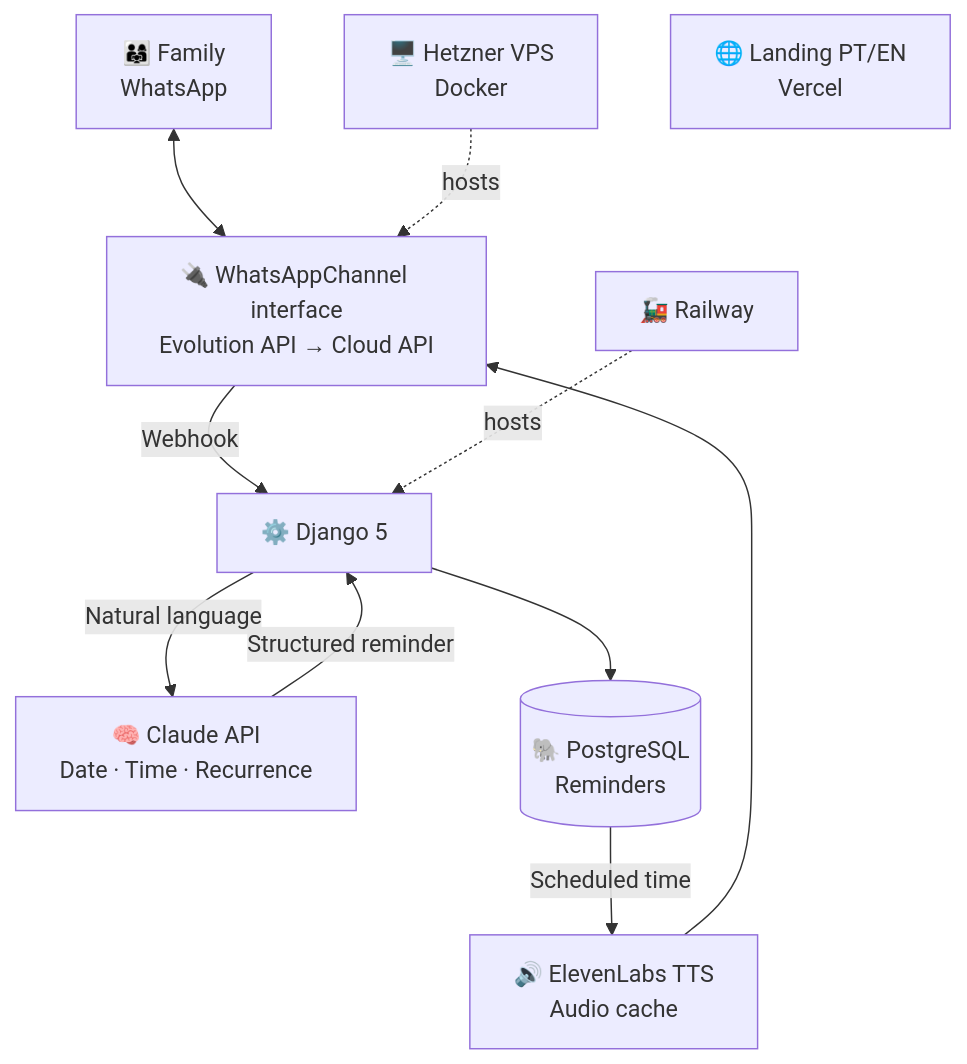
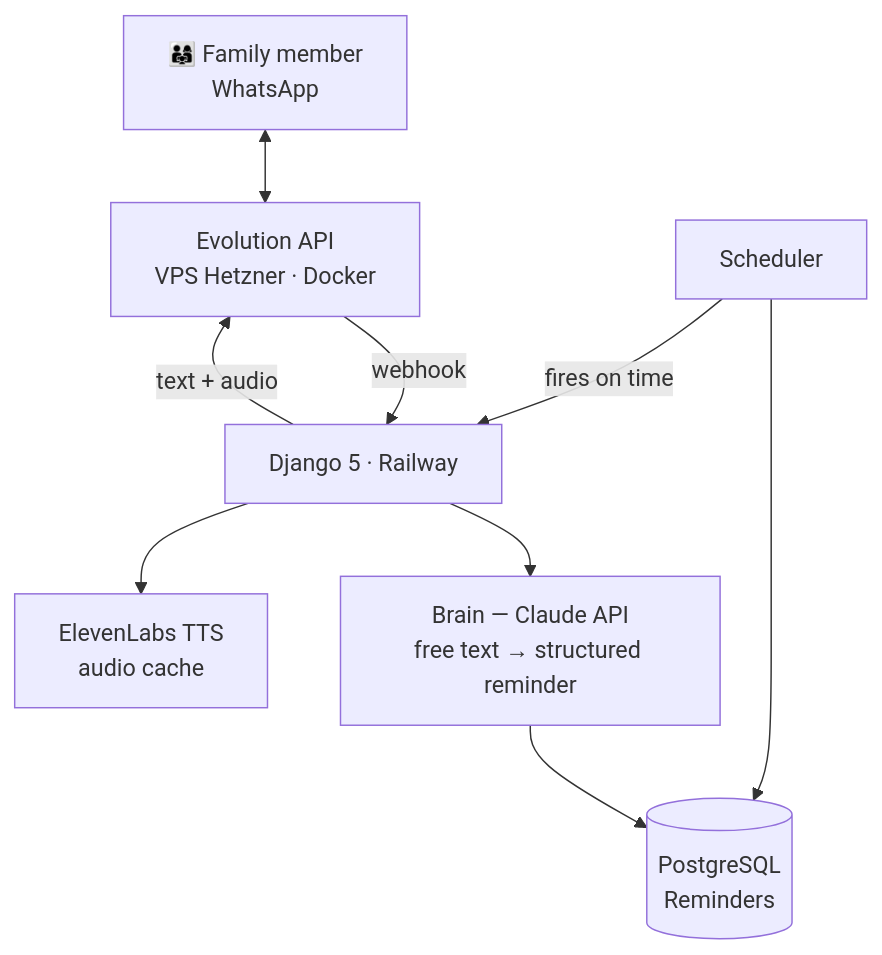
Before and after one commit to willgouveiaa/willgouveiaa: the sixth of 10 diagrams in README.md, drawn with Mermaid. The commit also changed other lines of this file, not shown here.

First line of the commit message:
Revise architecture diagrams and project details

````diff
--- a/README.md
+++ b/README.md
@@ -210,14 +202,11 @@
 ```mermaid
-flowchart TD
-    FAM["👨‍👩‍👧 Family<br/>WhatsApp"] <--> CH
-    CH["🔌 WhatsAppChannel interface<br/>Evolution API → Cloud API"]
-    CH -- "Webhook" --> DJ["⚙️ Django 5"]
-    DJ -- "Natural language" --> CLA["🧠 Claude API<br/>Date · Time · Recurrence"]
-    CLA -- "Structured reminder" --> DJ
-    DJ --> PG[("🐘 PostgreSQL<br/>Reminders")]
-    PG -- "Scheduled time" --> TTS["🔊 ElevenLabs TTS<br/>Audio cache"]
-    TTS --> CH
-    HZ["🖥️ Hetzner VPS<br/>Docker"] -. hosts .-> CH
-    RW["🚂 Railway"] -. hosts .-> DJ
-    LP["🌐 Landing PT/EN<br/>Vercel"]
+flowchart TB
+    U["👨‍👩‍👧 Family member<br/>WhatsApp"] <--> EV["Evolution API<br/>VPS Hetzner · Docker"]
+    EV -->|webhook| DJ["Django 5 · Railway"]
+    DJ --> BR["Brain — Claude API<br/>free text → structured reminder"]
+    BR --> RM[("PostgreSQL<br/>Reminders")]
+    SCH["Scheduler"] --> RM
+    SCH -->|fires on time| DJ
+    DJ --> VO["ElevenLabs TTS<br/>audio cache"]
+    DJ -->|text + audio| EV
 ```
````
